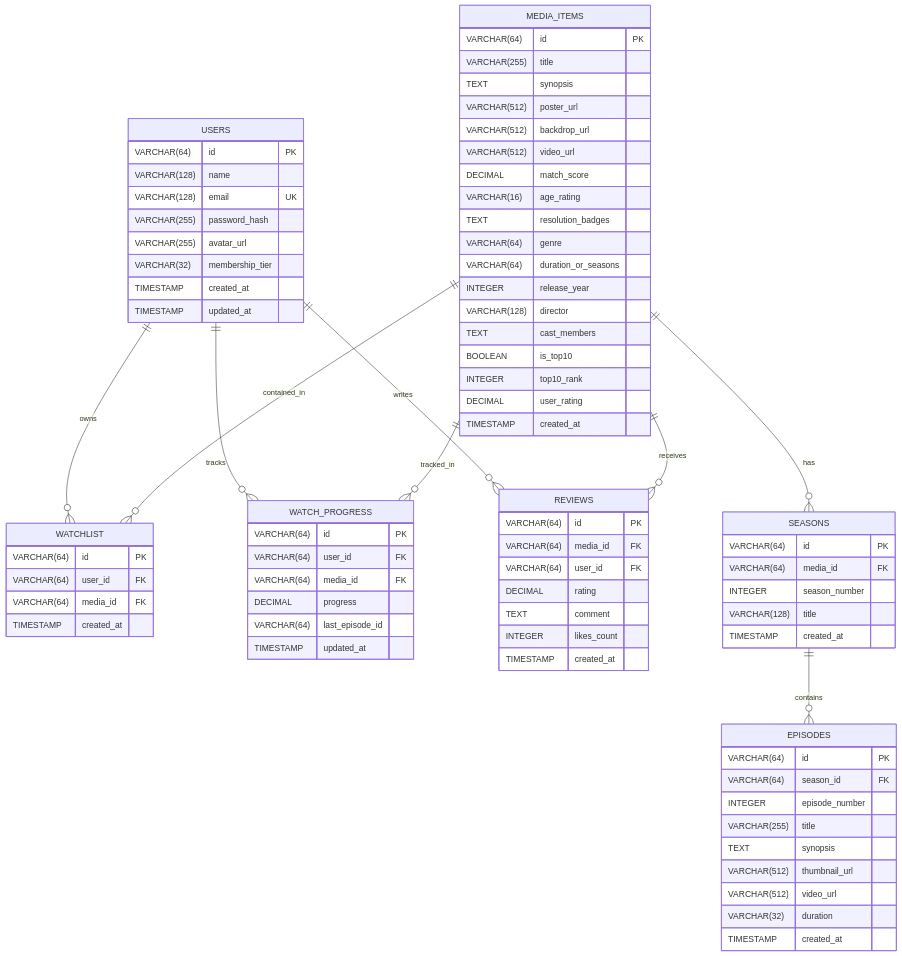
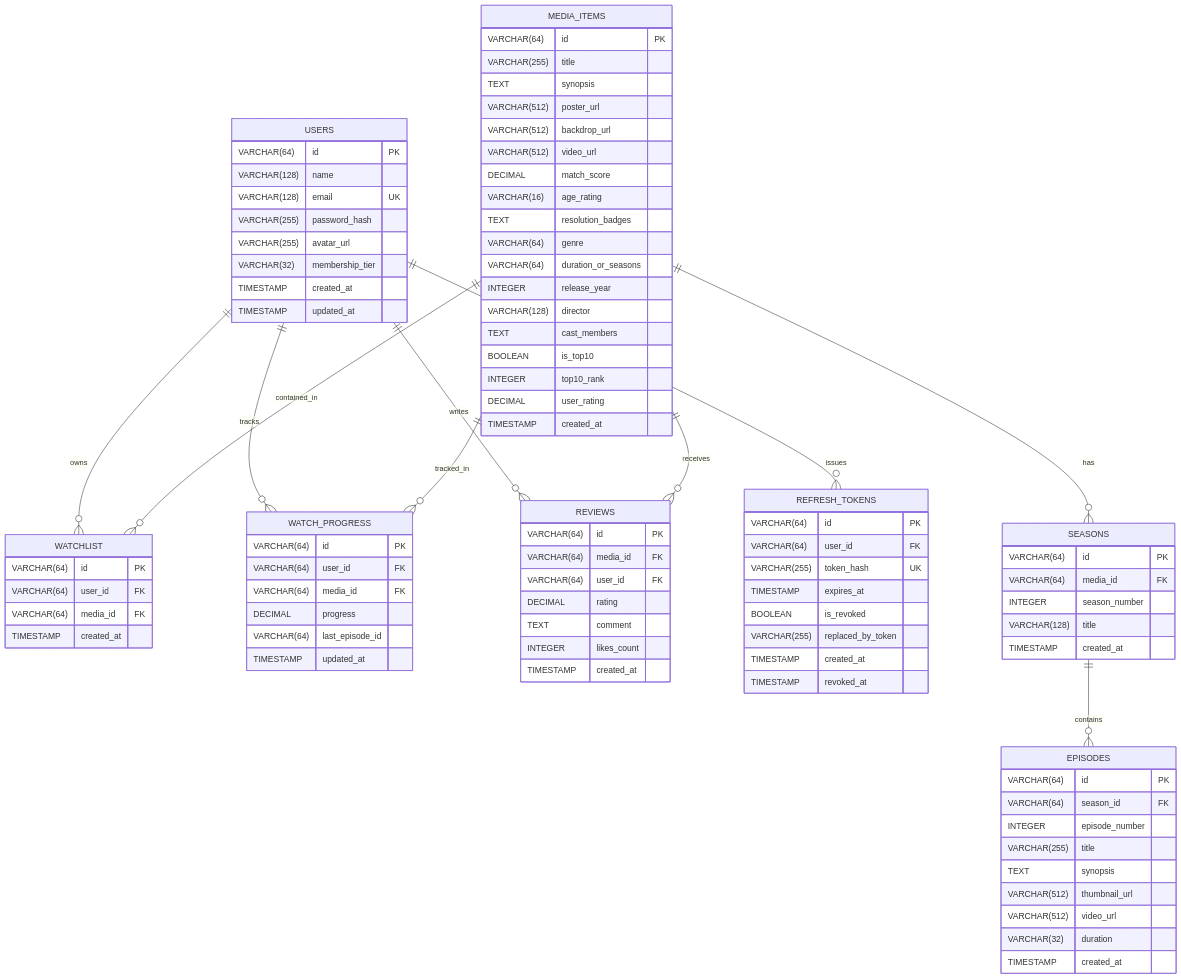
Before and after one commit to HafizMuhammadAlIkhsan/LiveEuy: the diagram in backend/DATABASE_GUIDELINES.md, drawn with Mermaid. The commit also changed other lines of this file and 4 other files, not shown here.

Commit message:
docs(backend): comprehensive documentation for architecture, auth security, and database guidelines

```diff
--- a/backend/DATABASE_GUIDELINES.md
+++ b/backend/DATABASE_GUIDELINES.md
@@ -39,6 +39,7 @@
     USERS ||--o{ WATCHLIST : owns
     USERS ||--o{ WATCH_PROGRESS : tracks
     USERS ||--o{ REVIEWS : writes
+    USERS ||--o{ REFRESH_TOKENS : issues
     
     MEDIA_ITEMS ||--o{ SEASONS : has
     MEDIA_ITEMS ||--o{ REVIEWS : receives
@@ -56,6 +57,17 @@
         VARCHAR(32) membership_tier
         TIMESTAMP created_at
         TIMESTAMP updated_at
+    }
+
+    REFRESH_TOKENS {
+        VARCHAR(64) id PK
+        VARCHAR(64) user_id FK
+        VARCHAR(255) token_hash UK
+        TIMESTAMP expires_at
+        BOOLEAN is_revoked
+        VARCHAR(255) replaced_by_token
+        TIMESTAMP created_at
+        TIMESTAMP revoked_at
     }
 
     MEDIA_ITEMS {
```
